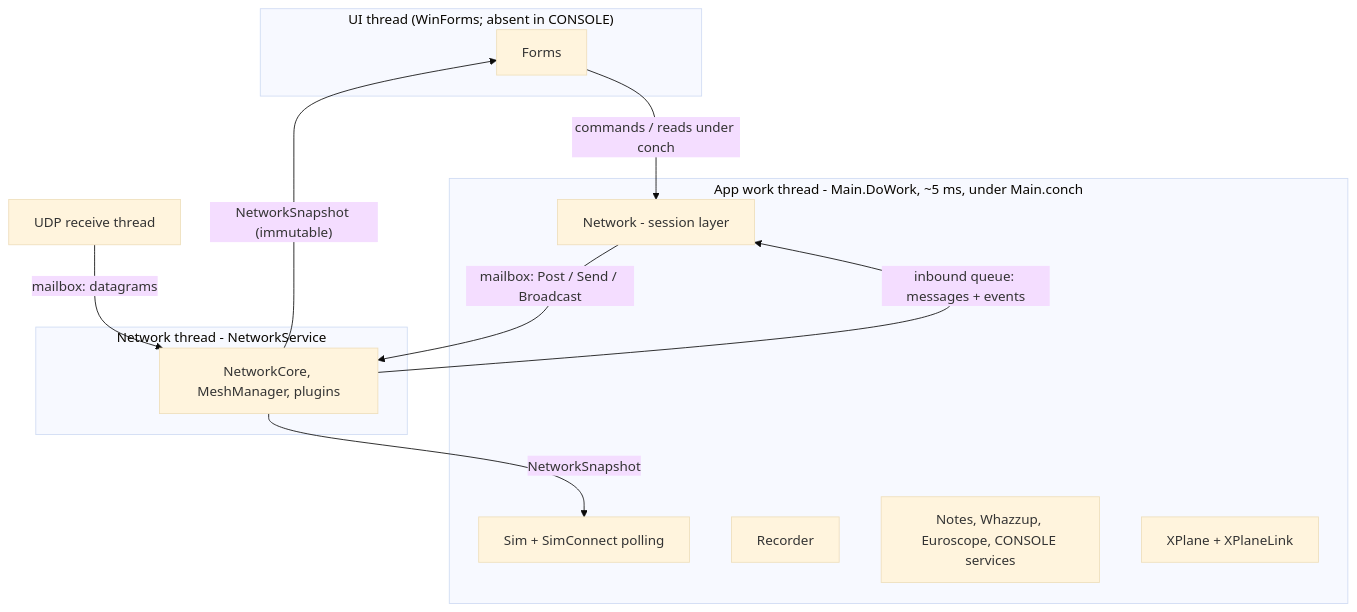
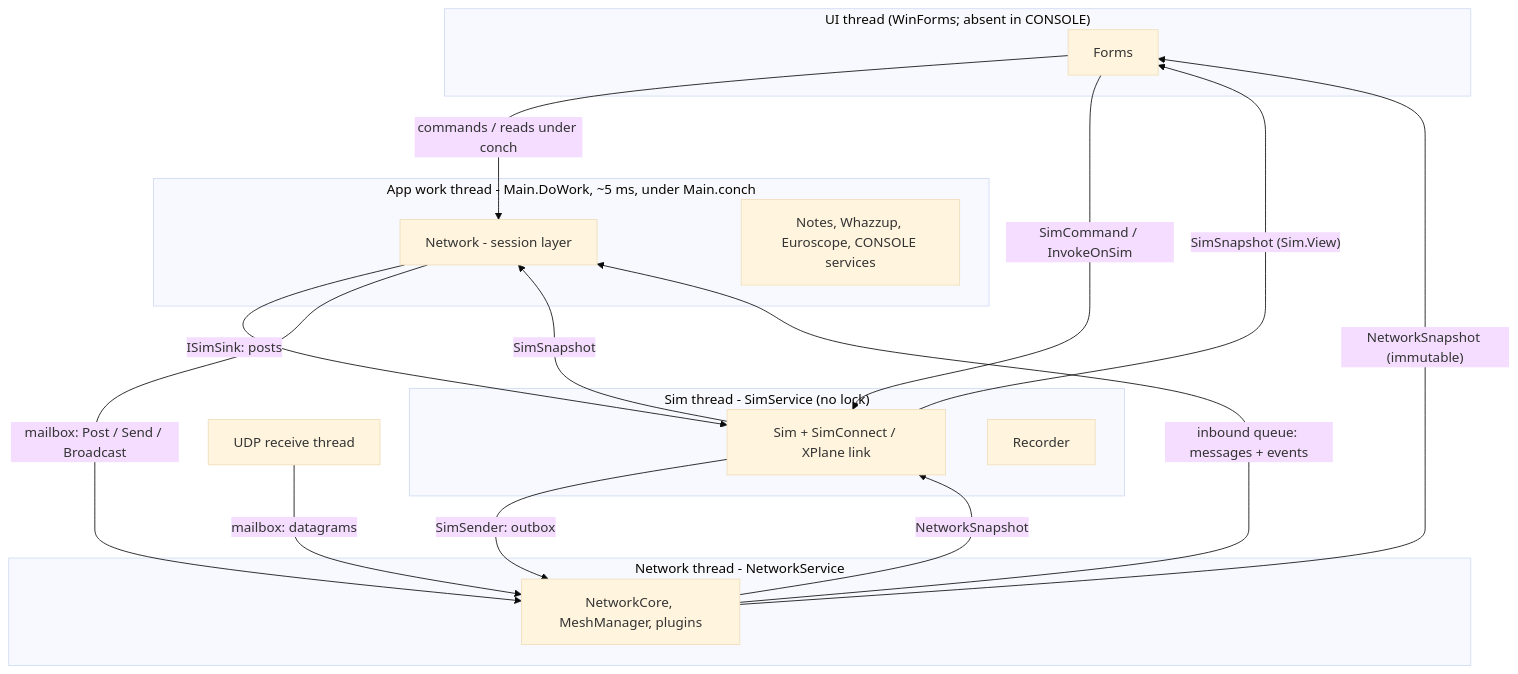
The first of 3 diagrams in docs/reference/joinfs-architecture.md (tuduce/JoinFS), drawn with Mermaid (base theme) before and after one commit. The commit also changed other lines of this file and 5 other files, not shown here.

First line of the commit message:
Sim thread Phase 3: SimConnect position feeds instead of 50 ms polling

````diff
--- a/docs/reference/joinfs-architecture.md
+++ b/docs/reference/joinfs-architecture.md
@@ -45,24 +45,30 @@
 ```mermaid
 graph TB
     subgraph UI["UI thread (WinForms; absent in CONSOLE)"]
         FORMS[Forms]
     end
     subgraph APP["App work thread - Main.DoWork, ~5 ms, under Main.conch"]
-        SIM[Sim + SimConnect polling]
         NET[Network - session layer]
+        OTHERS[Notes, Whazzup, Euroscope, CONSOLE services]
+    end
+    subgraph ST["Sim thread - SimService (no lock)"]
+        SIM[Sim + SimConnect / XPlane link]
         REC[Recorder]
-        OTHERS[Notes, Whazzup, Euroscope, CONSOLE services]
-        XPL[XPlane + XPlaneLink]
     end
     subgraph NT["Network thread - NetworkService"]
         CORE[NetworkCore, MeshManager, plugins]
     end
     RX["UDP receive thread"]
 
     FORMS -- "commands / reads under conch" --> NET
+    FORMS -- "SimCommand / InvokeOnSim" --> SIM
+    NET -- "ISimSink: posts" --> SIM
+    SIM -- "SimSnapshot (Sim.View)" --> FORMS
+    SIM -- "SimSnapshot" --> NET
+    SIM -- "SimSender: outbox" --> CORE
     NET -- "mailbox: Post / Send / Broadcast" --> CORE
     CORE -- "inbound queue: messages + events" --> NET
     CORE -- "NetworkSnapshot (immutable)" --> FORMS
     CORE -- "NetworkSnapshot" --> SIM
     RX -- "mailbox: datagrams" --> CORE
 ```
````
